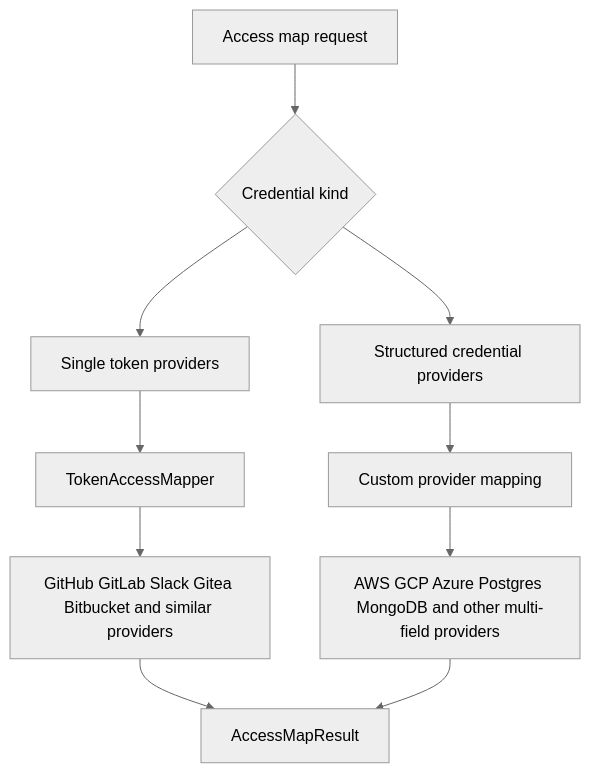
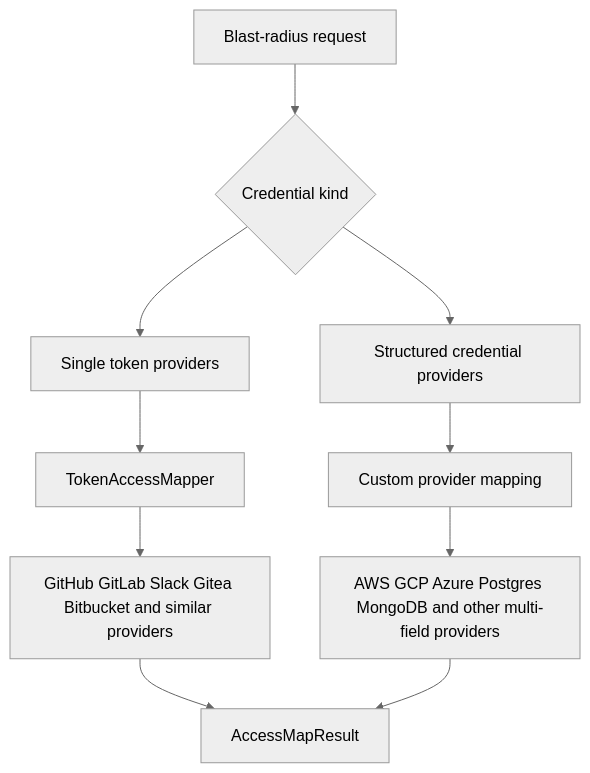
Before and after one commit to mongodb/kingfisher: the third of 3 diagrams in docs-site/docs/features/access-map.md, drawn with Mermaid (neutral theme). The commit also changed other lines of this file and 29 other files, not shown here.

````diff
--- a/docs-site/docs/features/access-map.md
+++ b/docs-site/docs/features/access-map.md
@@ -58,16 +58,16 @@
 ```mermaid
 flowchart TD
-    Request[Access map request] --> Kind{Credential kind}
+    Request[Blast-radius request] --> Kind{Credential kind}
 
     Kind --> Token[Single token providers]
     Kind --> Complex[Structured credential providers]
 
     Token --> Trait[TokenAccessMapper]
     Trait --> Modules[GitHub GitLab Slack Gitea Bitbucket and similar providers]
 
     Complex --> Custom[Custom provider mapping]
     Custom --> ComplexModules[AWS GCP Azure Postgres MongoDB and other multi-field providers]
 
     Modules --> Result[AccessMapResult]
     ComplexModules --> Result
 ```
````
